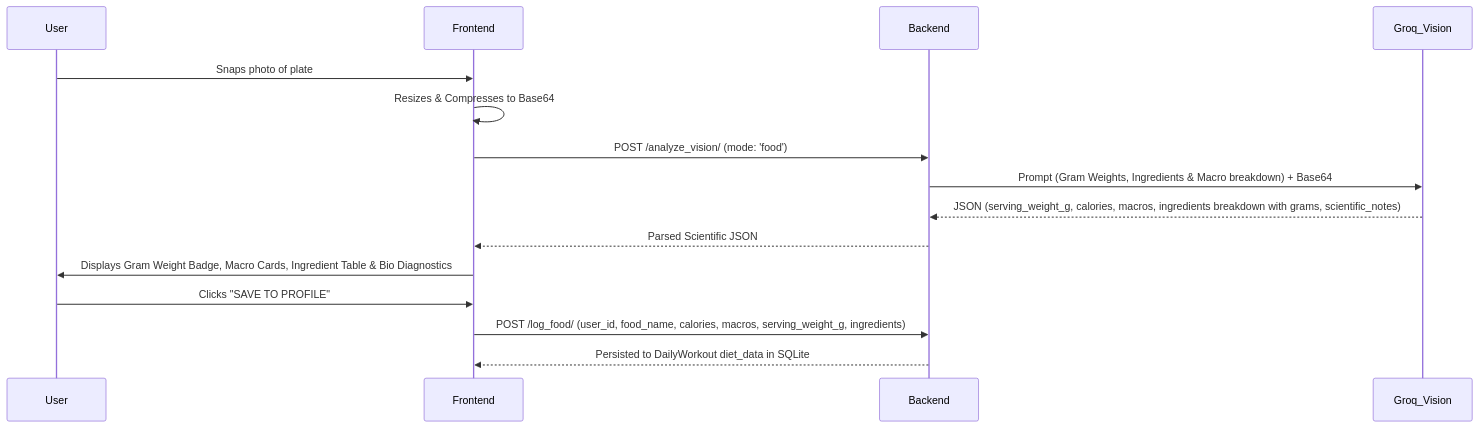
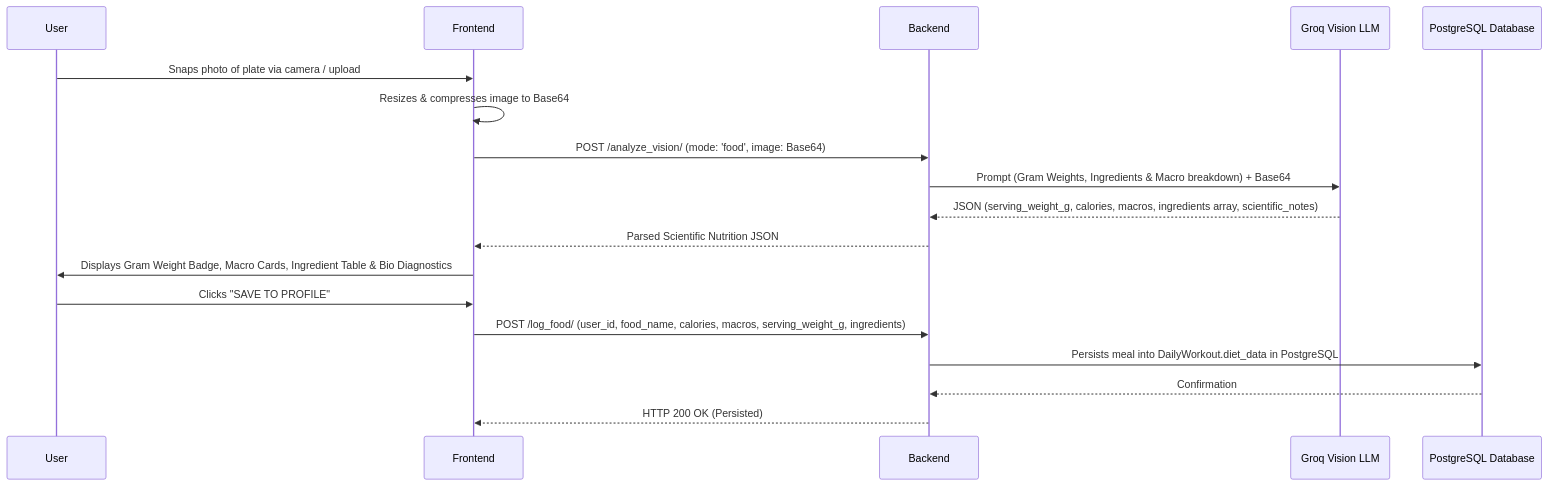
The third of 3 diagrams in docs/Logical_Flow.md (Suparna2005/FITTRACKER), drawn with Mermaid before and after one commit. The commit also changed other lines of this file and 10 other files, not shown here.

````diff
--- a/docs/Logical_Flow.md
+++ b/docs/Logical_Flow.md
@@ -34,18 +105,21 @@
 ```mermaid
 sequenceDiagram
     participant User
     participant Frontend
     participant Backend
-    participant Groq_Vision
+    participant Groq_Vision as Groq Vision LLM
+    participant DB as PostgreSQL Database
     
-    User->>Frontend: Snaps photo of plate
-    Frontend->>Frontend: Resizes & Compresses to Base64
-    Frontend->>Backend: POST /analyze_vision/ (mode: 'food')
+    User->>Frontend: Snaps photo of plate via camera / upload
+    Frontend->>Frontend: Resizes & compresses image to Base64
+    Frontend->>Backend: POST /analyze_vision/ (mode: 'food', image: Base64)
     Backend->>Groq_Vision: Prompt (Gram Weights, Ingredients & Macro breakdown) + Base64
-    Groq_Vision-->>Backend: JSON (serving_weight_g, calories, macros, ingredients breakdown with grams, scientific_notes)
-    Backend-->>Frontend: Parsed Scientific JSON
+    Groq_Vision-->>Backend: JSON (serving_weight_g, calories, macros, ingredients array, scientific_notes)
+    Backend-->>Frontend: Parsed Scientific Nutrition JSON
     Frontend->>User: Displays Gram Weight Badge, Macro Cards, Ingredient Table & Bio Diagnostics
     User->>Frontend: Clicks "SAVE TO PROFILE"
     Frontend->>Backend: POST /log_food/ (user_id, food_name, calories, macros, serving_weight_g, ingredients)
-    Backend-->>Frontend: Persisted to DailyWorkout diet_data in SQLite
+    Backend->>DB: Persists meal into DailyWorkout.diet_data in PostgreSQL
+    DB-->>Backend: Confirmation
+    Backend-->>Frontend: HTTP 200 OK (Persisted)
 ```
````
